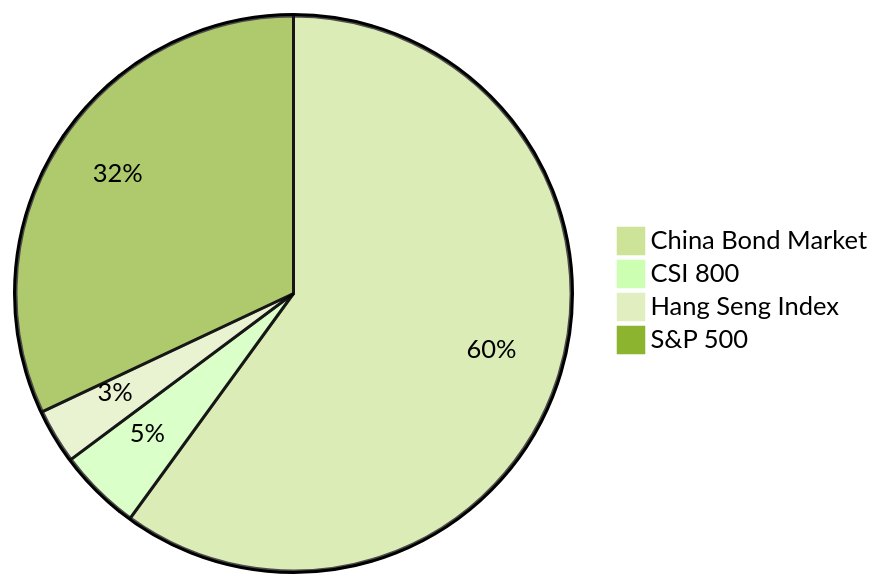
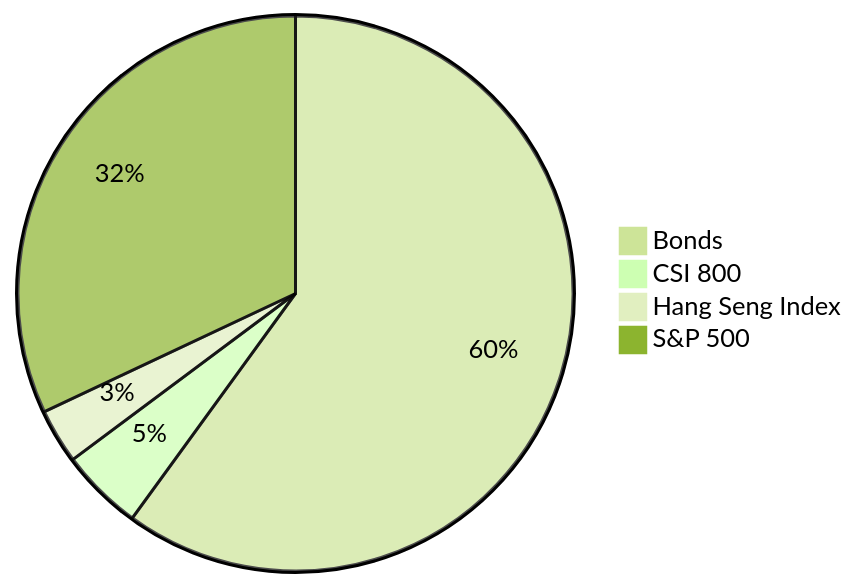
The second of 5 diagrams in chinese-couch-potato.md (low-earth-orbit/notes), drawn with Mermaid (forest theme) before and after one commit. The commit also changed other lines of this file and 2 other files, not shown here.

````diff
--- a/chinese-couch-potato.md
+++ b/chinese-couch-potato.md
@@ -135,7 +147,7 @@
 ```mermaid
 pie
-"China Bond Market" : 60
+"Bonds" : 60
 "CSI 800" : 4.8
 "Hang Seng Index" : 3.2
 "S&P 500" : 32
 ```
````
